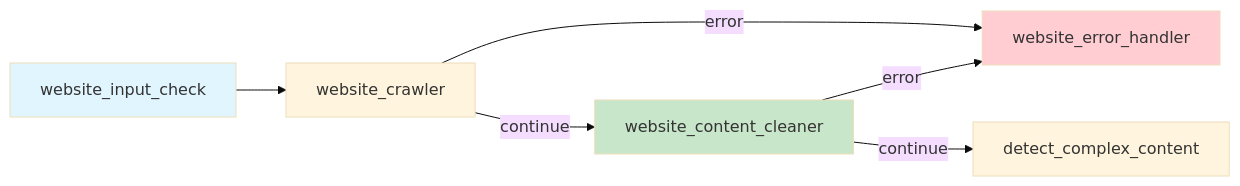
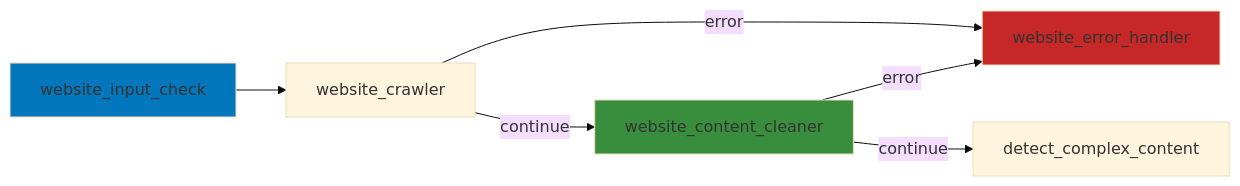
The seventh of 7 diagrams in src/content/docs/architecture/pipelines-traitement.mdx (mindlet-app/docs), drawn with Mermaid (base theme) before and after one commit. The commit also changed other lines of this file and 17 other files, not shown here.

First line of the commit message:
feat: Update Mermaid diagrams and enhance documentation clarity

````diff
--- a/src/content/docs/architecture/pipelines-traitement.mdx
+++ b/src/content/docs/architecture/pipelines-traitement.mdx
@@ -401,12 +401,12 @@
 ```mermaid
 graph LR
     A[website_input_check] --> B[website_crawler]
     B -->|error| E[website_error_handler]
     B -->|continue| C[website_content_cleaner]
     C -->|error| E
     C -->|continue| D[detect_complex_content]
     
-    style A fill:#e1f5fe
-    style C fill:#c8e6c9
-    style E fill:#ffcdd2
+    style A fill:#0277bd
+    style C fill:#388e3c
+    style E fill:#c62828
 ```
````
